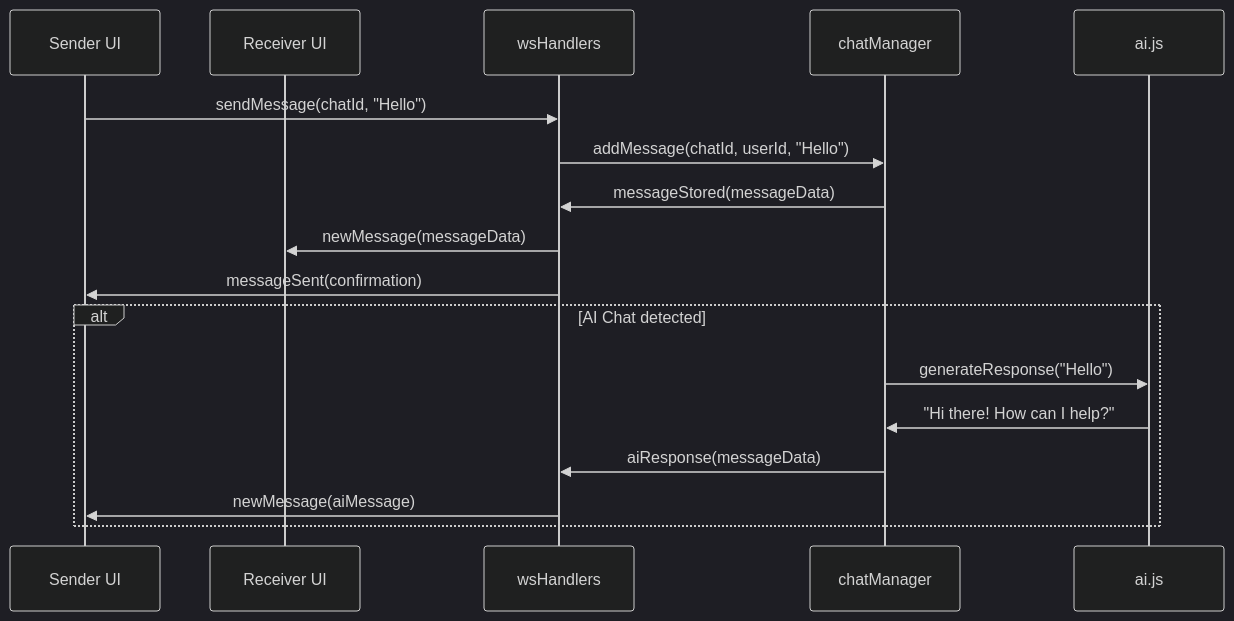
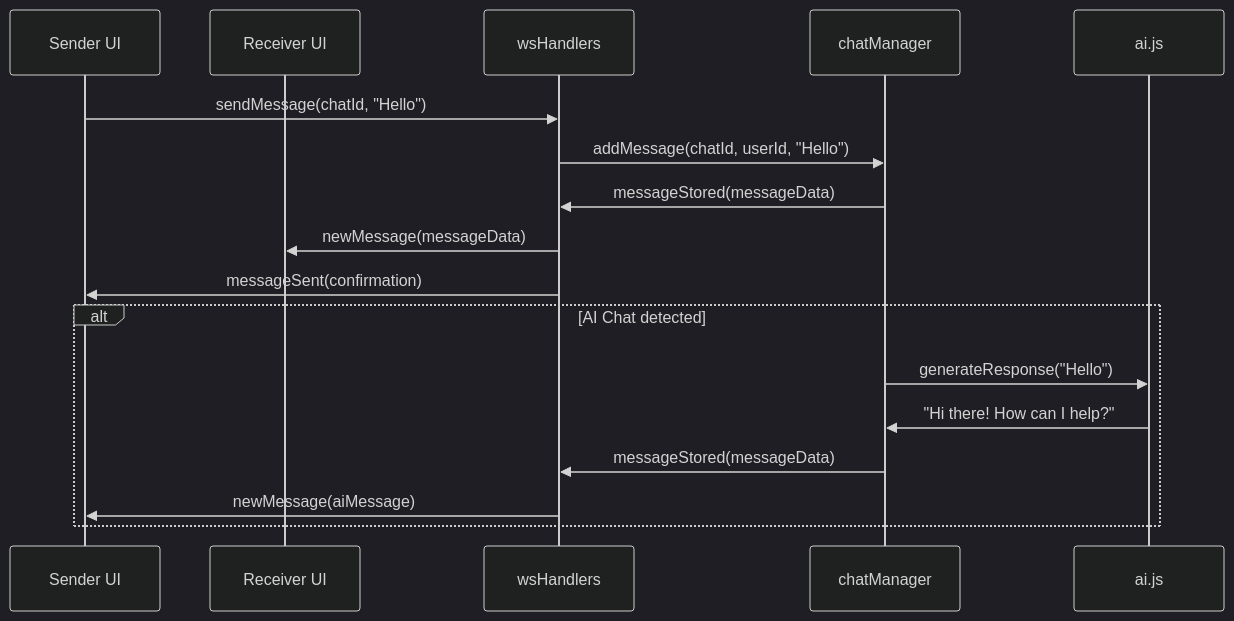
The fourth of 5 diagrams in dokumentation_dev.md (Verteilte-Systeme-WWII23/Chat), drawn with Mermaid (dark theme) before and after one commit. The commit also changed other lines of this file and 1 other file, not shown here.

````diff
--- a/dokumentation_dev.md
+++ b/dokumentation_dev.md
@@ -135,21 +121,21 @@
 ```mermaid
 sequenceDiagram
     participant Sender as Sender UI
     participant Receiver as Receiver UI
     participant WS as wsHandlers
     participant CM as chatManager
     participant AI as ai.js
     
     Sender->>WS: sendMessage(chatId, "Hello")
     WS->>CM: addMessage(chatId, userId, "Hello")
     CM->>WS: messageStored(messageData)
     WS->>Receiver: newMessage(messageData)
     WS->>Sender: messageSent(confirmation)
     
     alt AI Chat detected
         CM->>AI: generateResponse("Hello")
         AI->>CM: "Hi there! How can I help?"
-        CM->>WS: aiResponse(messageData)
+        CM->>WS: messageStored(messageData)
         WS->>Sender: newMessage(aiMessage)
     end
 ```
````
